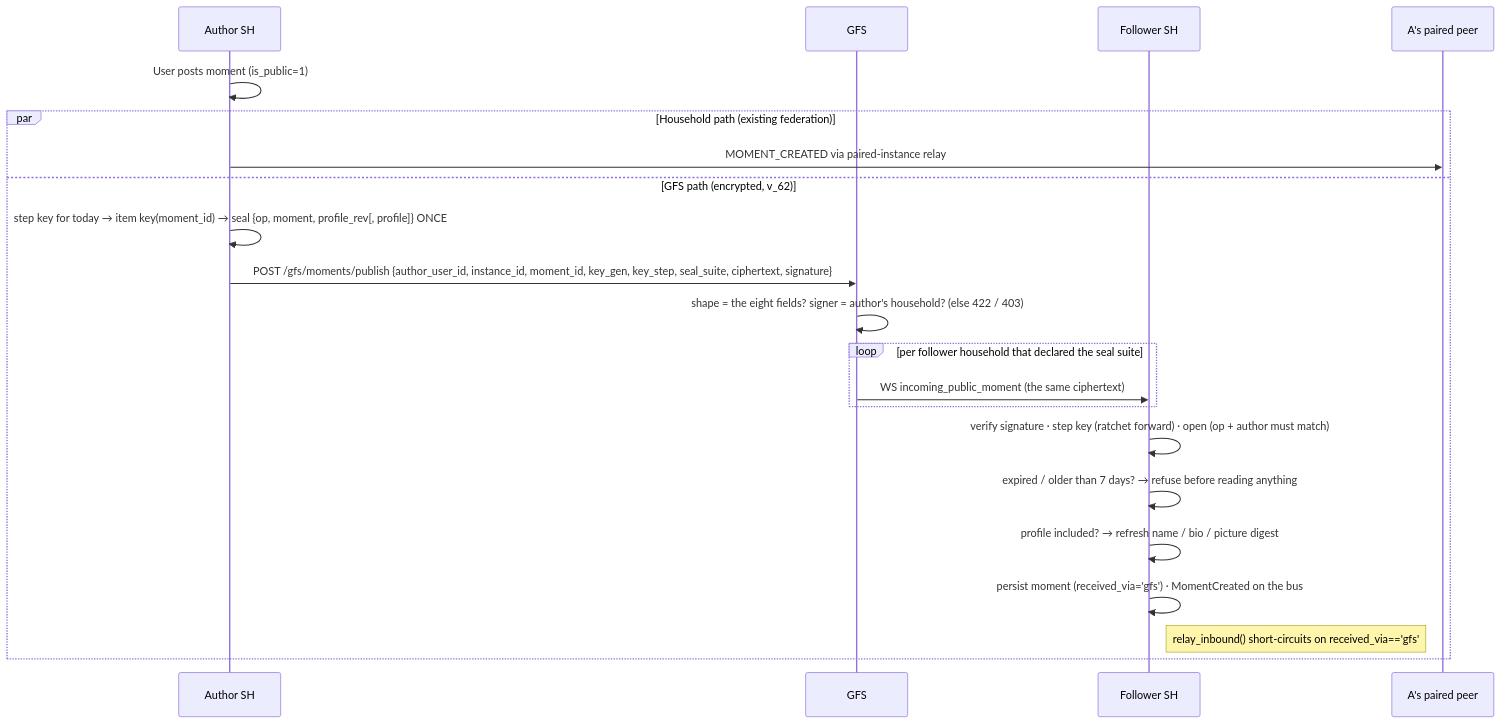
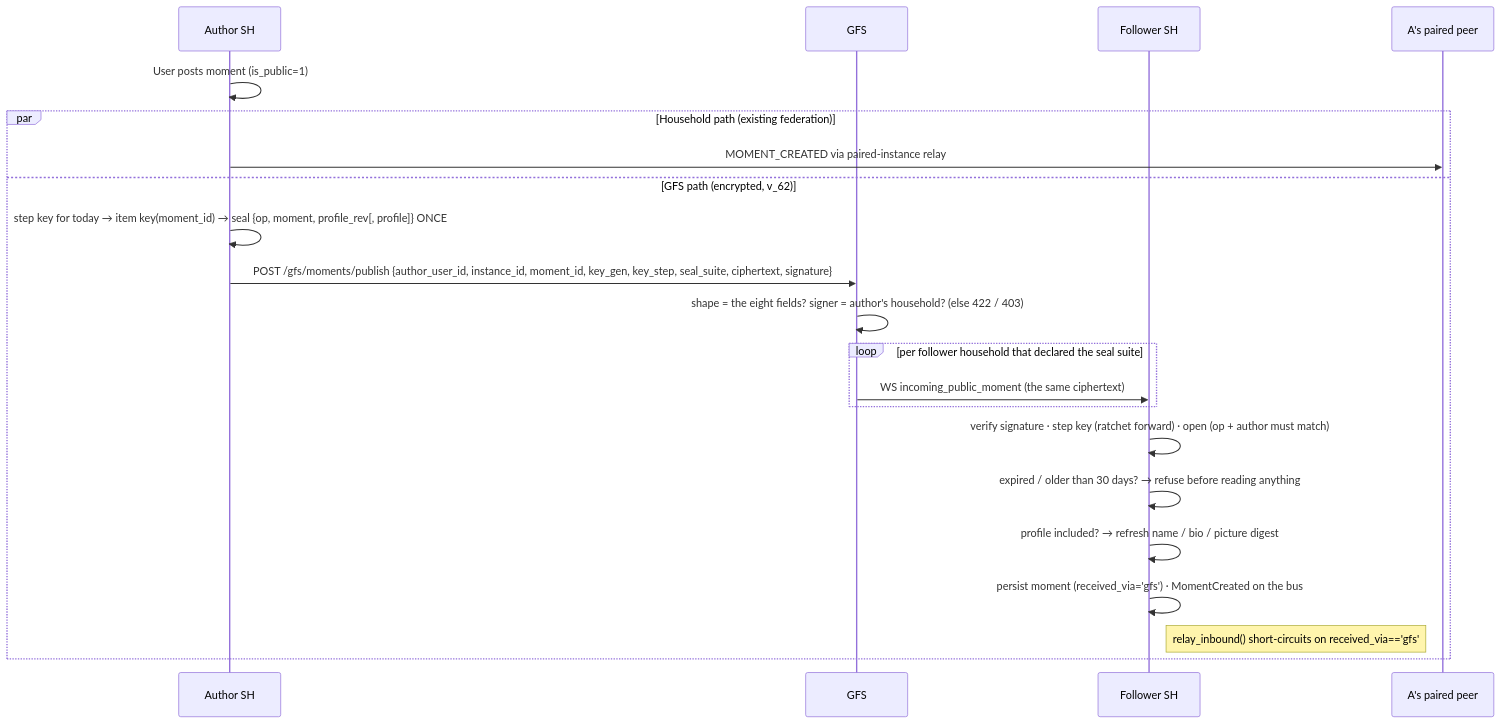
Before and after one commit to social-home-io/socialhome: the second of 6 diagrams in docs/protocol/momentum_public.md, drawn with Mermaid. The commit also changed other lines of this file and 41 other files, not shown here.

````diff
--- a/docs/protocol/momentum_public.md
+++ b/docs/protocol/momentum_public.md
@@ -317,24 +328,24 @@
 ```mermaid
 sequenceDiagram
   participant A as Author SH
   participant G as GFS
   participant B as Follower SH
   participant P as A's paired peer
 
   A->>A: User posts moment (is_public=1)
   par Household path (existing federation)
     A->>P: MOMENT_CREATED via paired-instance relay
   and GFS path (encrypted, v_62)
     A->>A: step key for today → item key(moment_id) → seal {op, moment, profile_rev[, profile]} ONCE
     A->>G: POST /gfs/moments/publish {author_user_id, instance_id, moment_id, key_gen, key_step, seal_suite, ciphertext, signature}
     G->>G: shape = the eight fields? signer = author's household? (else 422 / 403)
     loop per follower household that declared the seal suite
       G->>B: WS incoming_public_moment (the same ciphertext)
     end
     B->>B: verify signature · step key (ratchet forward) · open (op + author must match)
-    B->>B: expired / older than 7 days? → refuse before reading anything
+    B->>B: expired / older than 30 days? → refuse before reading anything
     B->>B: profile included? → refresh name / bio / picture digest
     B->>B: persist moment (received_via='gfs') · MomentCreated on the bus
     Note right of B: relay_inbound() short-circuits on received_via=='gfs'
   end
 ```
````
